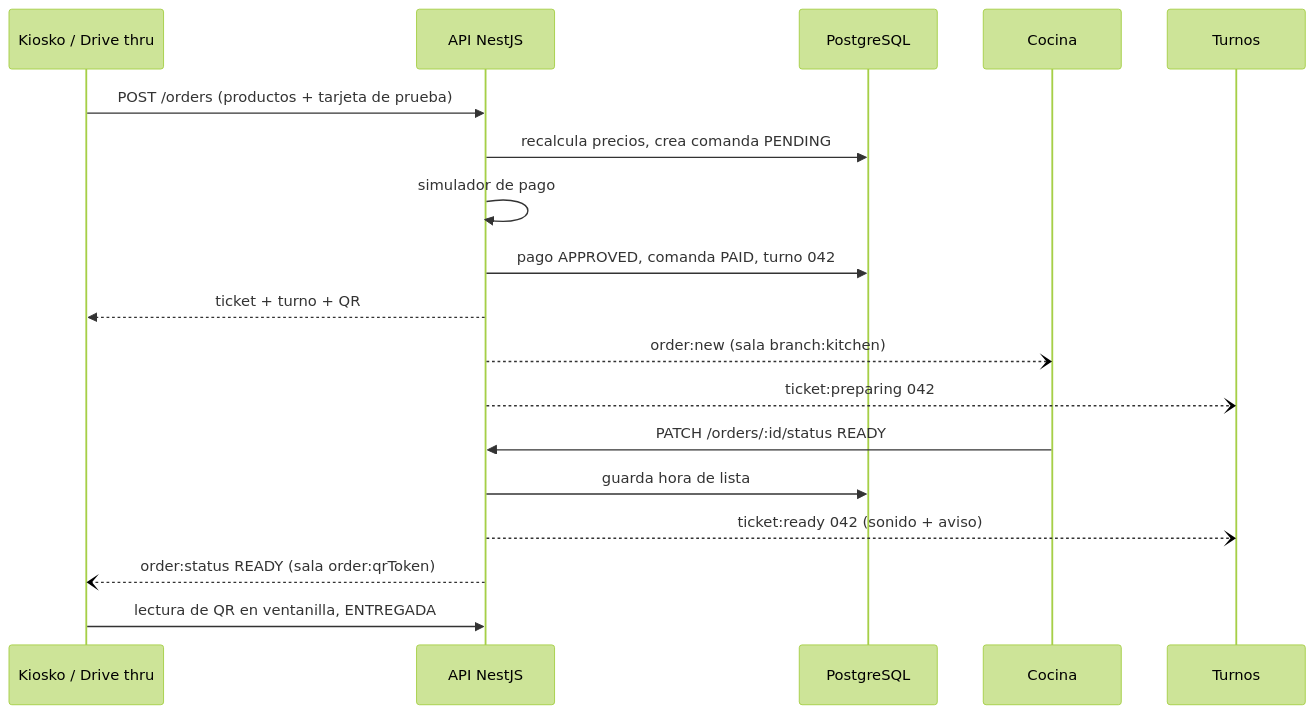
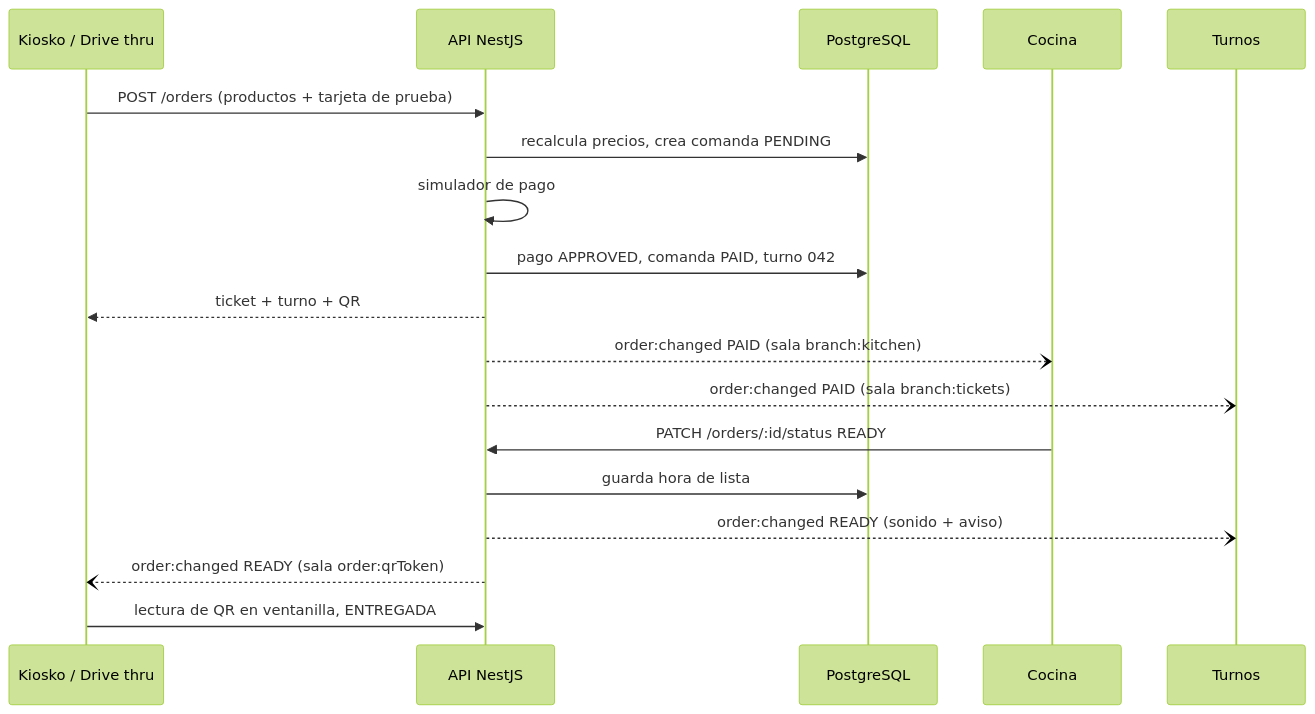
One commit to DevOjeda016/zarape changed the diagram in docs/arquitectura.md. Above: the diagram before and after it, drawn with Mermaid (forest theme). The commit also changed other lines of this file and 25 other files, not shown here.

First line of the commit message:
feat(api): add kiosk orders, simulated payment, kitchen and tickets

````diff
--- a/docs/arquitectura.md
+++ b/docs/arquitectura.md
@@ -85,20 +86,20 @@
 ```mermaid
 sequenceDiagram
     participant K as Kiosko / Drive thru
     participant A as API NestJS
     participant DB as PostgreSQL
     participant C as Cocina
     participant T as Turnos
     K->>A: POST /orders (productos + tarjeta de prueba)
     A->>DB: recalcula precios, crea comanda PENDING
     A->>A: simulador de pago
     A->>DB: pago APPROVED, comanda PAID, turno 042
     A-->>K: ticket + turno + QR
-    A--)C: order:new (sala branch:kitchen)
-    A--)T: ticket:preparing 042
+    A--)C: order:changed PAID (sala branch:kitchen)
+    A--)T: order:changed PAID (sala branch:tickets)
     C->>A: PATCH /orders/:id/status READY
     A->>DB: guarda hora de lista
-    A--)T: ticket:ready 042 (sonido + aviso)
-    A--)K: order:status READY (sala order:qrToken)
+    A--)T: order:changed READY (sonido + aviso)
+    A--)K: order:changed READY (sala order:qrToken)
     K->>A: lectura de QR en ventanilla, ENTREGADA
 ```
````
